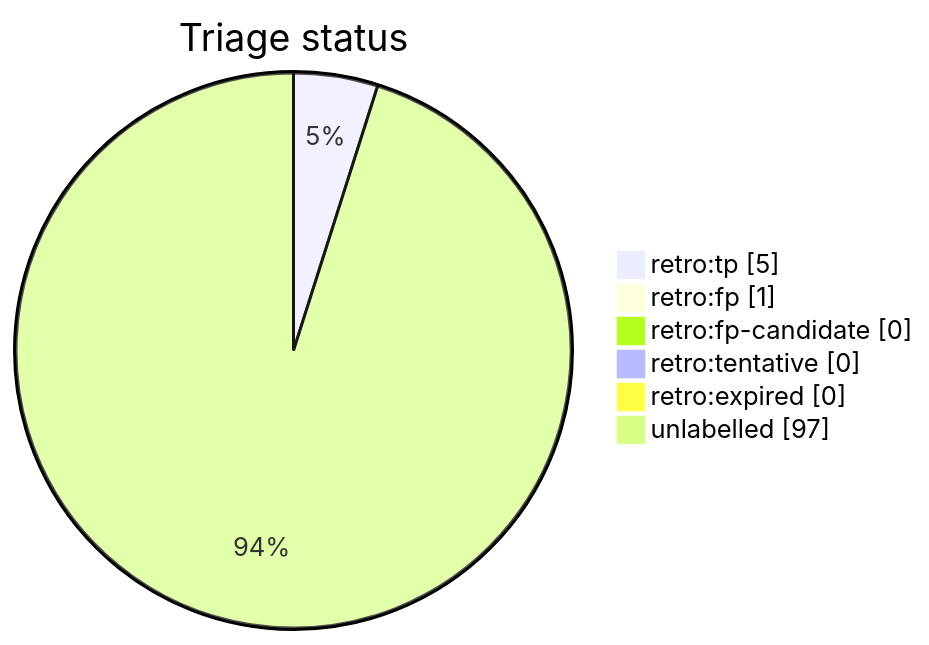
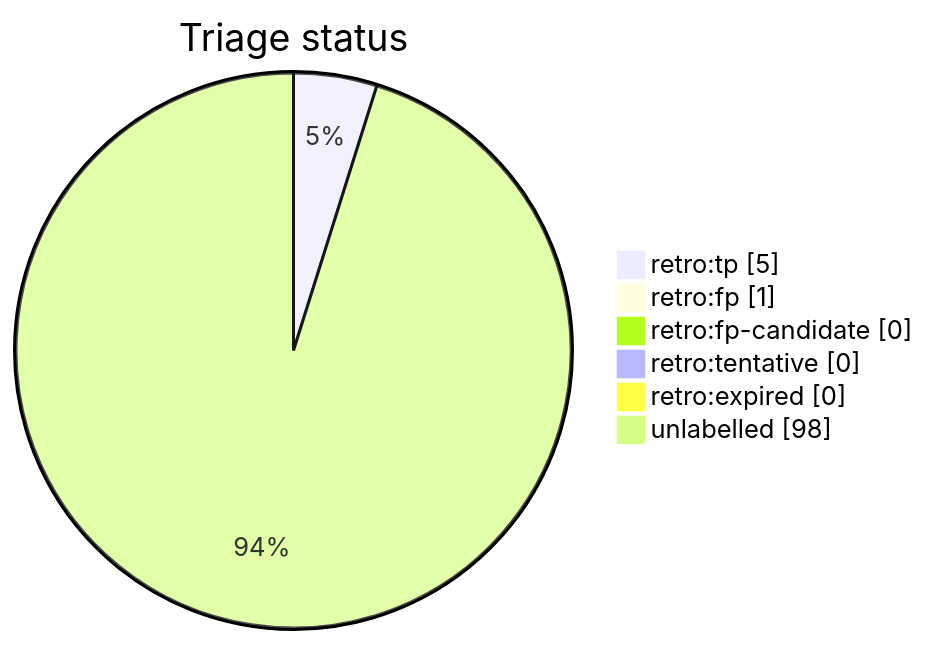
The diagram in docs/generated/scripts/auto-retro-triage-report.md (tvna/claude-md), drawn with Mermaid before and after one commit. The commit also changed other lines of this file, not shown here.

````diff
--- a/docs/generated/scripts/auto-retro-triage-report.md
+++ b/docs/generated/scripts/auto-retro-triage-report.md
@@ -20,10 +20,10 @@
 ```mermaid
 pie showData
     title Triage status
     "retro:tp" : 5
     "retro:fp" : 1
     "retro:fp-candidate" : 0
     "retro:tentative" : 0
     "retro:expired" : 0
-    "unlabelled" : 97
+    "unlabelled" : 98
 ```
````
